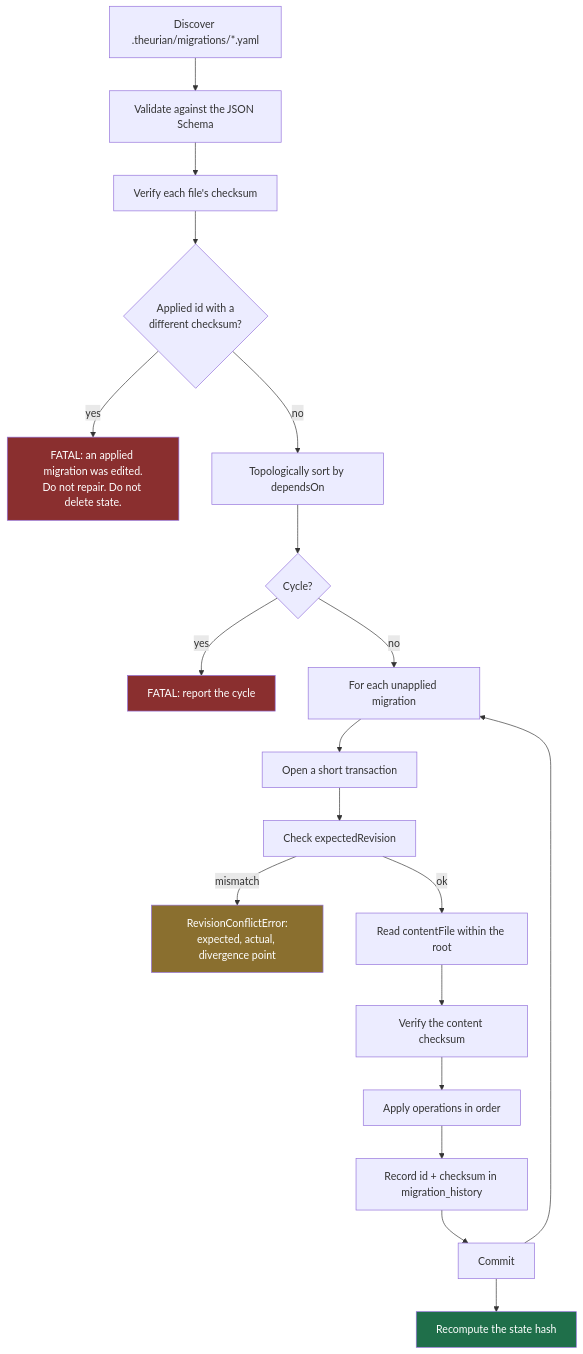
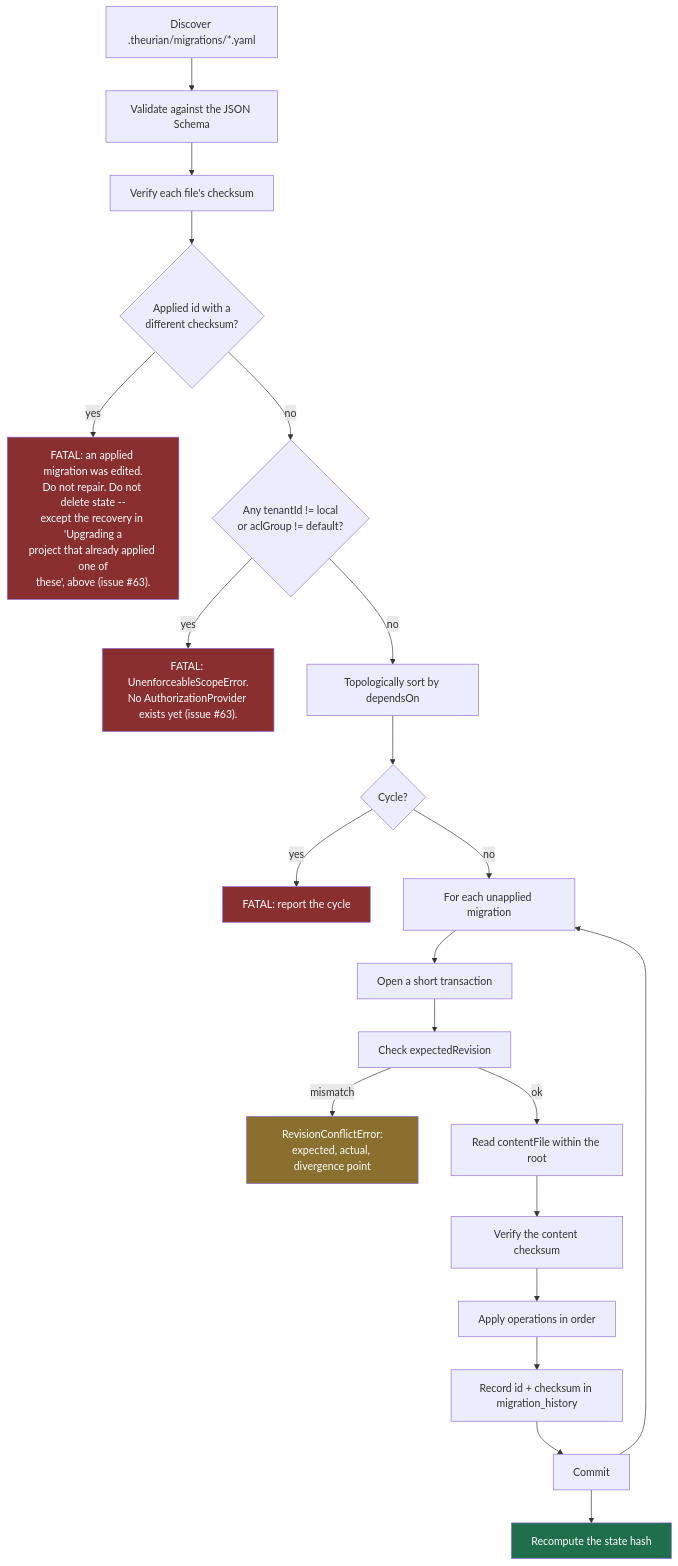
Before and after one commit to theurian/theurian: the diagram in docs/protocol/migrations.md, drawn with Mermaid. The commit also changed other lines of this file and 7 other files, not shown here.

First line of the commit message:
fix(migration): refuse a tenant or ACL group nothing can enforce (phase 1 of #63) (#110)

````diff
--- a/docs/protocol/migrations.md
+++ b/docs/protocol/migrations.md
@@ -149,26 +219,29 @@
 ```mermaid
 flowchart TD
     A["Discover .theurian/migrations/*.yaml"] --> B["Validate against the JSON Schema"]
     B --> C["Verify each file's checksum"]
     C --> D{"Applied id with a<br/>different checksum?"}
-    D -->|yes| E["FATAL: an applied migration was edited.<br/>Do not repair. Do not delete state."]
-    D -->|no| F["Topologically sort by dependsOn"]
+    D -->|yes| E["FATAL: an applied migration was edited.<br/>Do not repair. Do not delete state --<br/>except the recovery in 'Upgrading a<br/>project that already applied one of<br/>these', above (issue #63)."]
+    D -->|no| S{"Any tenantId != local<br/>or aclGroup != default?"}
+    S -->|yes| T["FATAL: UnenforceableScopeError.<br/>No AuthorizationProvider exists yet (issue #63)."]
+    S -->|no| F["Topologically sort by dependsOn"]
     F --> G{"Cycle?"}
     G -->|yes| H["FATAL: report the cycle"]
     G -->|no| I["For each unapplied migration"]
     I --> J["Open a short transaction"]
     J --> K["Check expectedRevision"]
     K -->|mismatch| L["RevisionConflictError:<br/>expected, actual, divergence point"]
     K -->|ok| M["Read contentFile within the root"]
     M --> N["Verify the content checksum"]
     N --> O["Apply operations in order"]
     O --> P["Record id + checksum in migration_history"]
     P --> Q["Commit"]
     Q --> I
     Q --> R["Recompute the state hash"]
 
     style E fill:#8a2f2f,color:#fff
     style H fill:#8a2f2f,color:#fff
+    style T fill:#8a2f2f,color:#fff
     style L fill:#8a6f2f,color:#fff
     style R fill:#1f6f4a,color:#fff
 ```
````
